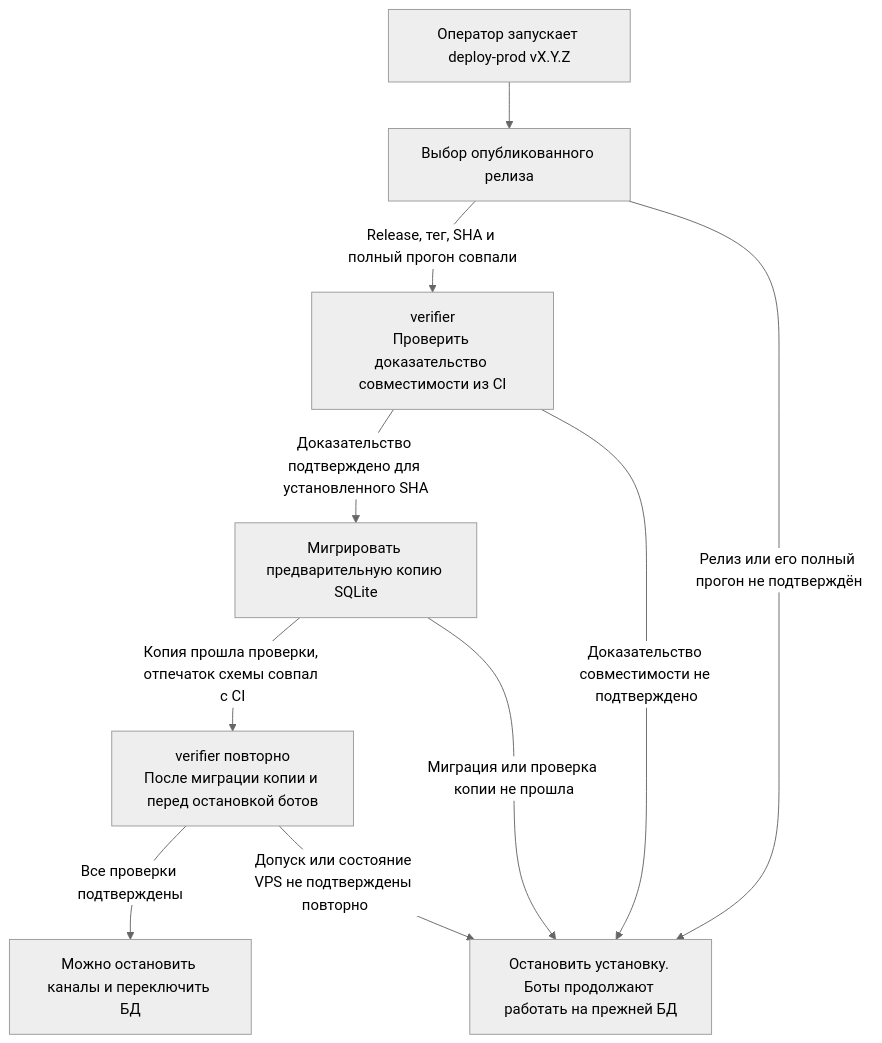
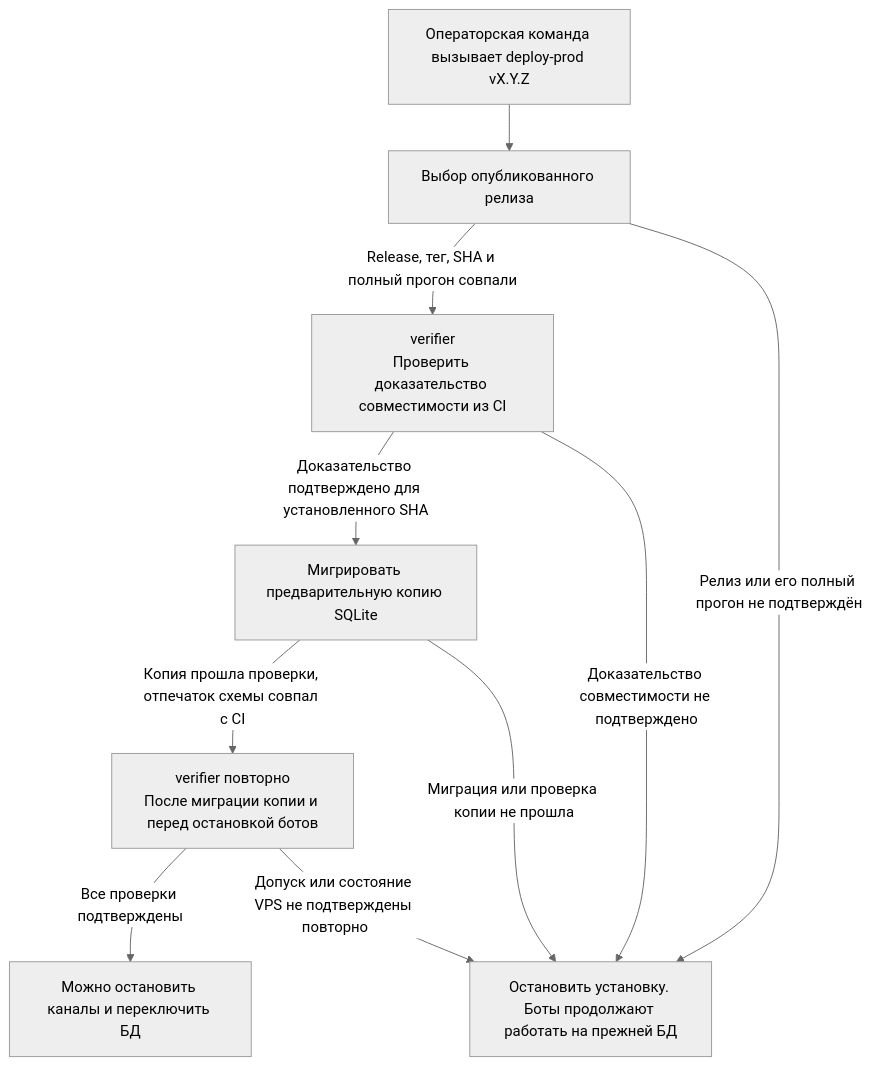
Before and after one commit to karateka-git/compadre-assistant: the fifth of 7 diagrams in docs/release-ci-admission/CI_AND_DEPLOY.md, drawn with Mermaid (neutral theme). The commit also changed other lines of this file and 9 other files, not shown here.

````diff
--- a/docs/release-ci-admission/CI_AND_DEPLOY.md
+++ b/docs/release-ci-admission/CI_AND_DEPLOY.md
@@ -315,12 +321,12 @@
 ```mermaid
 flowchart TD
-    COMMAND["Оператор запускает deploy-prod vX.Y.Z"] --> SELECT["Выбор опубликованного релиза"]
+    COMMAND["Операторская команда вызывает deploy-prod vX.Y.Z"] --> SELECT["Выбор опубликованного релиза"]
     SELECT -->|Release, тег, SHA и полный прогон совпали| V["verifier<br/>Проверить доказательство совместимости из CI"]
     V -->|Доказательство подтверждено для установленного SHA| COPY["Мигрировать предварительную копию SQLite"]
     COPY -->|Копия прошла проверки, отпечаток схемы совпал с CI| RECHECK["verifier повторно<br/>После миграции копии и перед остановкой ботов"]
     RECHECK -->|Все проверки подтверждены| READY["Можно остановить каналы и переключить БД"]
     SELECT -->|Релиз или его полный прогон не подтверждён| BLOCKED["Остановить установку. Боты продолжают работать на прежней БД"]
     V -->|Доказательство совместимости не подтверждено| BLOCKED
     COPY -->|Миграция или проверка копии не прошла| BLOCKED
     RECHECK -->|Допуск или состояние VPS не подтверждены повторно| BLOCKED
 ```
````
